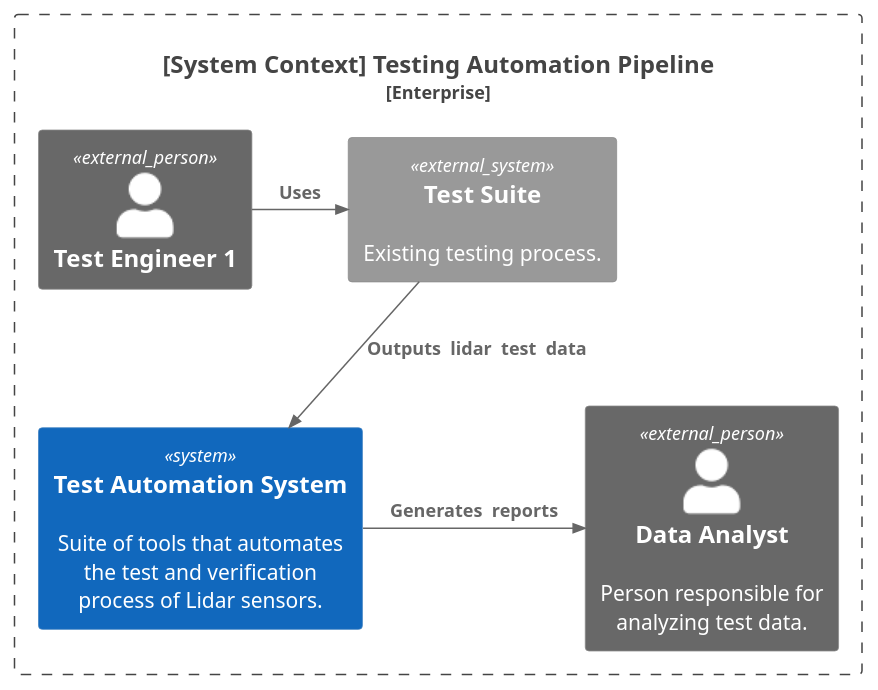
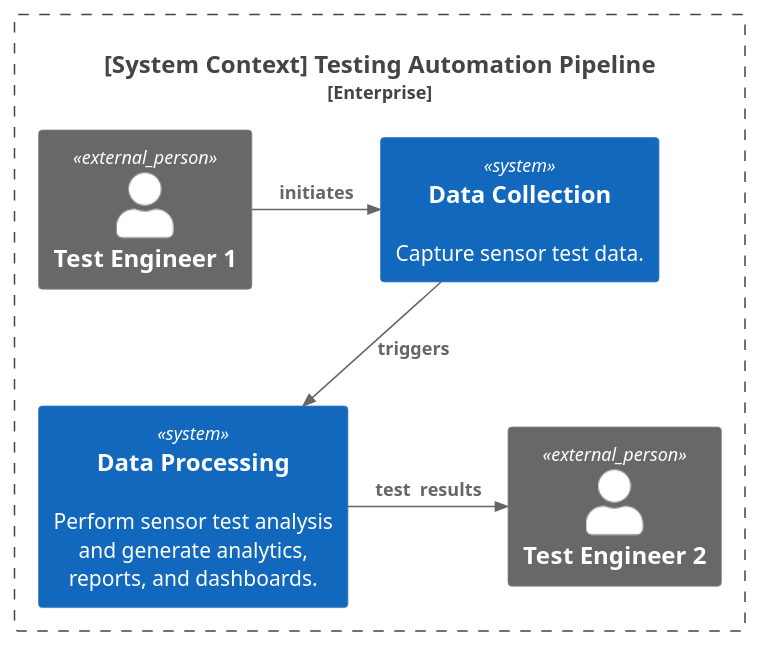
The diagram in docs/architecture/views/system_context_diagram.plantuml (matthew-beisser/testing-automation-pipeline-3), drawn with PlantUML before and after one commit. The commit also changed 16 other files, not shown here.

Commit message:
Finished proposed data collection and data processing

```diff
--- a/docs/architecture/views/system_context_diagram.plantuml
+++ b/docs/architecture/views/system_context_diagram.plantuml
@@ -1,19 +1,19 @@
 @startuml system_context_diagram
 !include https://raw.githubusercontent.com/plantuml-stdlib/C4-PlantUML/master/C4_Context.puml
 
 LAYOUT_TOP_DOWN()
 
 ' Elements
 Enterprise_Boundary(System, "[System Context] Testing Automation Pipeline") {
         Person_Ext(Tester, "Test Engineer 1")
-        System_Ext(TestSuite, "Test Suite", "Existing testing process.")
-        System(TAS, "Test Automation System", "Suite of tools that automates the test and verification process of Lidar sensors.")
-        Person_Ext(DataAnalyst, "Data Analyst", "Person responsible for analyzing test data.")
+        System(DataCollection, "Data Collection", "Capture sensor test data.")
+        System(DataProcessor, "Data Processing", "Perform sensor test analysis and generate analytics, reports, and dashboards.")
+        Person_Ext(DataAnalyst, "Test Engineer 2")
 }
 
 ' Relationships
-Rel_Neighbor(Tester, TestSuite, "Uses")
-Rel(TestSuite, TAS, "Outputs  lidar  test  data")
-Rel_Neighbor(TAS, DataAnalyst, "Generates  reports")
+Rel_Neighbor(Tester, DataCollection, "initiates")
+Rel(DataCollection, DataProcessor, "triggers")
+Rel_Neighbor(DataProcessor, DataAnalyst, "test  results")
 
 @enduml
```
